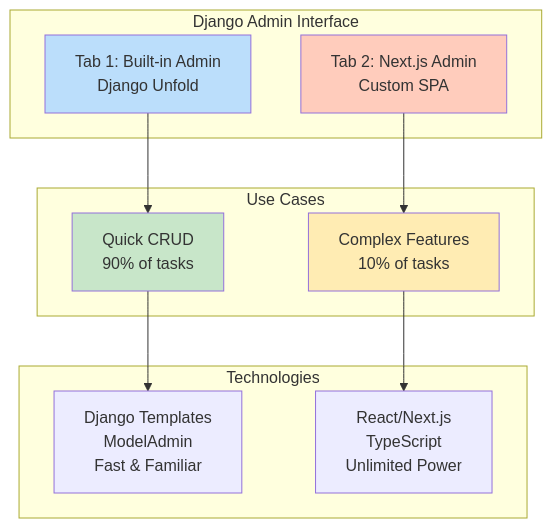
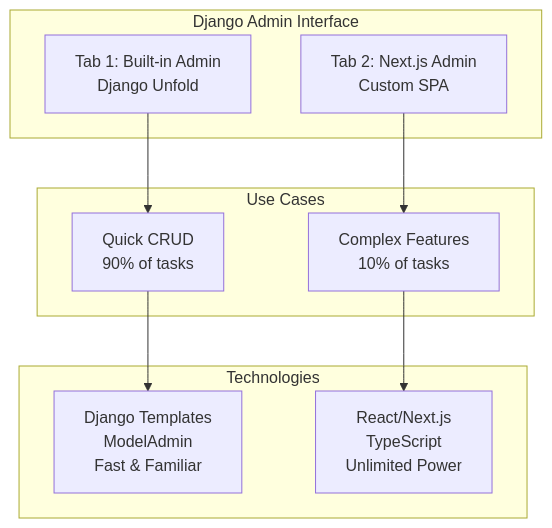
The third of 10 diagrams in docs/features/integrations/nextjs-admin/concepts.md (markolofsen/django-cfg), drawn with Mermaid before and after one commit. The commit also changed other lines of this file and 12 other files, not shown here.

````diff
--- a/docs/features/integrations/nextjs-admin/concepts.md
+++ b/docs/features/integrations/nextjs-admin/concepts.md
@@ -101,28 +89,23 @@
 ```mermaid
 graph TB
     subgraph "Django Admin Interface"
         A[Tab 1: Built-in Admin<br/>Django Unfold]
         B[Tab 2: Next.js Admin<br/>Custom SPA]
     end
 
     subgraph "Use Cases"
         C[Quick CRUD<br/>90% of tasks]
         D[Complex Features<br/>10% of tasks]
     end
 
     subgraph "Technologies"
         E[Django Templates<br/>ModelAdmin<br/>Fast & Familiar]
         F[React/Next.js<br/>TypeScript<br/>Unlimited Power]
     end
 
     A --> C
     B --> D
 
     C --> E
     D --> F
-
-    style A fill:#bbdefb
-    style B fill:#ffccbc
-    style C fill:#c8e6c9
-    style D fill:#ffecb3
 ```
````
